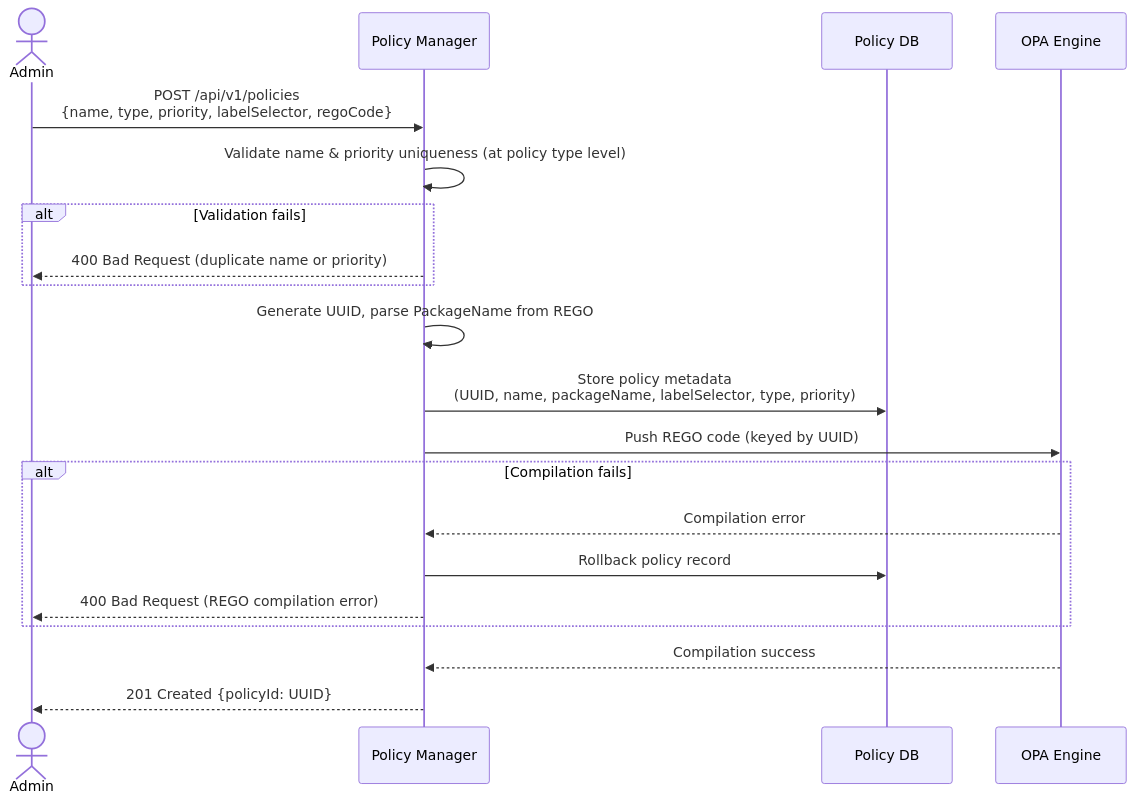
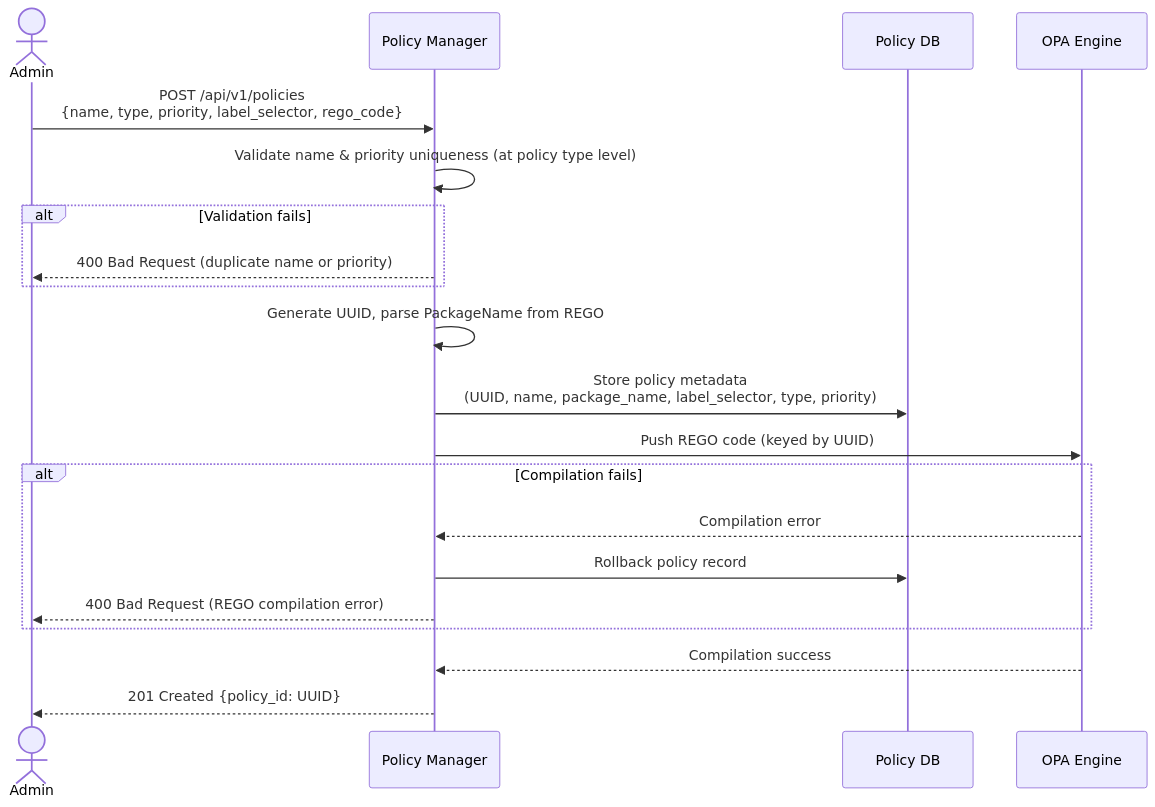
The second of 23 diagrams in enhancements/user-flows/user-flows.md (dcm-project/enhancements), drawn with Mermaid before and after one commit. The commit also changed other lines of this file and 19 other files, not shown here.

````diff
--- a/enhancements/user-flows/user-flows.md
+++ b/enhancements/user-flows/user-flows.md
@@ -135,23 +135,23 @@
 ```mermaid
 sequenceDiagram
     actor Admin
     participant PM as Policy Manager
     participant DB as Policy DB
     participant OPA as OPA Engine
 
-    Admin->>PM: POST /api/v1/policies<br/>{name, type, priority, labelSelector, regoCode}
+    Admin->>PM: POST /api/v1/policies<br/>{name, type, priority, label_selector, rego_code}
     PM->>PM: Validate name & priority uniqueness (at policy type level)
     alt Validation fails
         PM-->>Admin: 400 Bad Request (duplicate name or priority)
     end
     PM->>PM: Generate UUID, parse PackageName from REGO
-    PM->>DB: Store policy metadata<br/>(UUID, name, packageName, labelSelector, type, priority)
+    PM->>DB: Store policy metadata<br/>(UUID, name, package_name, label_selector, type, priority)
     PM->>OPA: Push REGO code (keyed by UUID)
     alt Compilation fails
         OPA-->>PM: Compilation error
         PM->>DB: Rollback policy record
         PM-->>Admin: 400 Bad Request (REGO compilation error)
     end
     OPA-->>PM: Compilation success
-    PM-->>Admin: 201 Created {policyId: UUID}
+    PM-->>Admin: 201 Created {policy_id: UUID}
 ```
````
